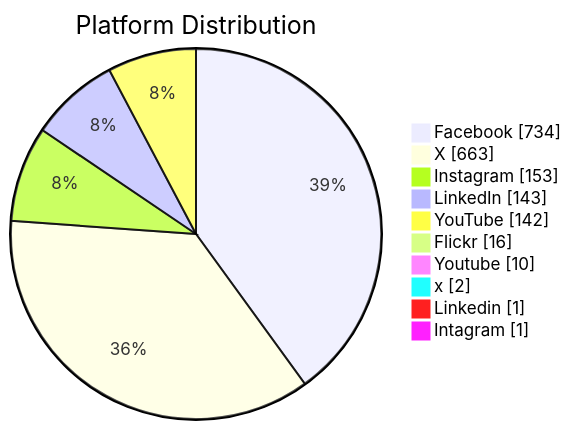
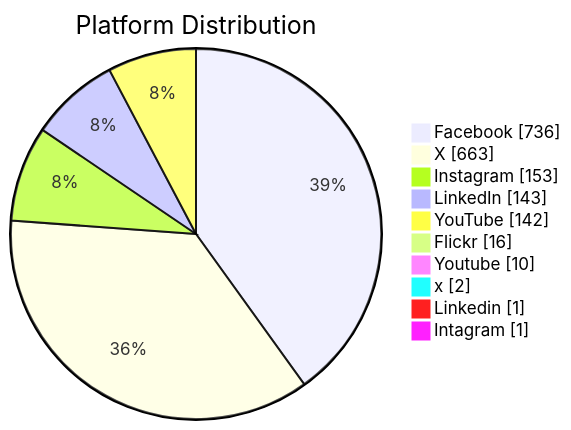
Before and after one commit to PatLittle/GC-Socials: the fourth of 8 diagrams in README.md, drawn with Mermaid. The commit also changed other lines of this file, not shown here.

Commit message:
Update README with Platform Distribution pie chart

````diff
--- a/README.md
+++ b/README.md
@@ -144,13 +147,13 @@
 ```mermaid
 pie showData title Platform Distribution
-    "Facebook": 734
+    "Facebook": 736
     "X": 663
     "Instagram": 153
     "LinkedIn": 143
     "YouTube": 142
     "Flickr": 16
     "Youtube": 10
     "x": 2
     "Linkedin": 1
     "Intagram": 1
 ```
````
